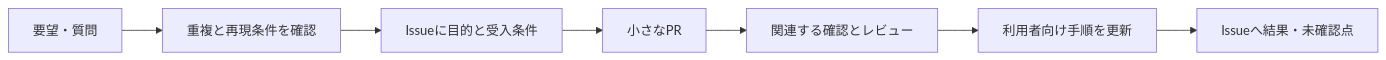
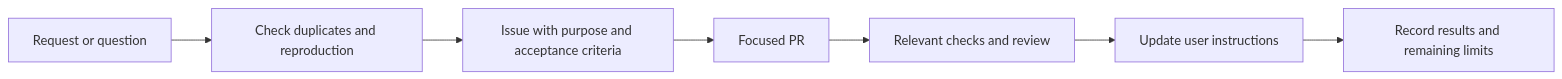
One commit to 3mintimer/muse-relay changed the diagram in CONTRIBUTING.md. Above: the diagram before and after it, drawn with Mermaid. The commit also changed other lines of this file and 49 other files, not shown here.

````diff
--- a/CONTRIBUTING.md
+++ b/CONTRIBUTING.md
@@ -38,9 +41,9 @@
 ```mermaid
 flowchart LR
-  A[要望・質問] --> B[重複と再現条件を確認]
-  B --> C[Issueに目的と受入条件]
-  C --> D[小さなPR]
-  D --> E[関連する確認とレビュー]
-  E --> F[利用者向け手順を更新]
-  F --> G[Issueへ結果・未確認点]
+  A[Request or question] --> B[Check duplicates and reproduction]
+  B --> C[Issue with purpose and acceptance criteria]
+  C --> D[Focused PR]
+  D --> E[Relevant checks and review]
+  E --> F[Update user instructions]
+  F --> G[Record results and remaining limits]
 ```
````
